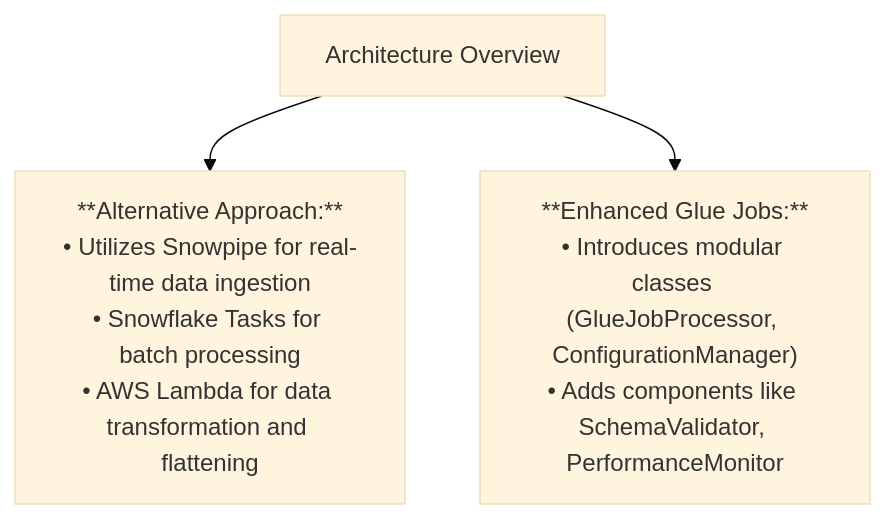
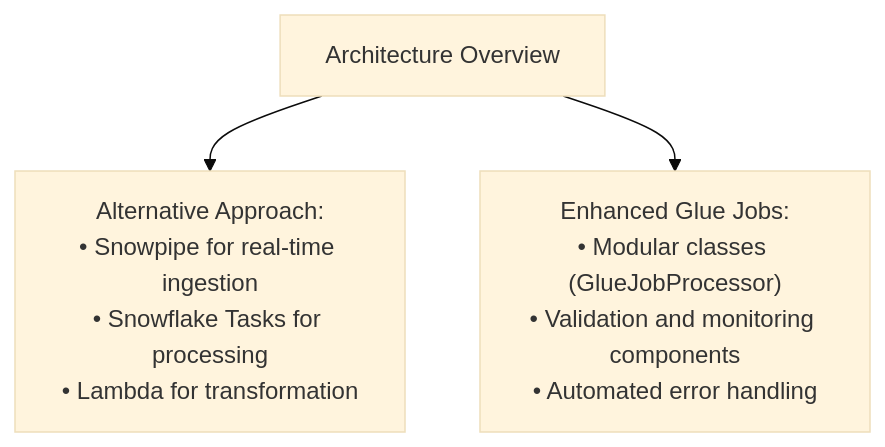
Before and after one commit to veronelazio/wezterm: the third of 17 diagrams in mermaid.md, drawn with Mermaid (base theme). The commit also changed other lines of this file, not shown here.

````diff
--- a/mermaid.md
+++ b/mermaid.md
@@ -68,8 +54,5 @@
-``` mermaid
+```mermaid
 flowchart TD
-    %% Architecture Overview
-    A1["Architecture Overview"]
-    A1 --> A2["**Alternative Approach:**<br>• Utilizes Snowpipe for real-time data ingestion<br>• Snowflake Tasks for batch processing<br>• AWS Lambda for data transformation and flattening"]
-    A1 --> A3["**Enhanced Glue Jobs:**<br>• Introduces modular classes (GlueJobProcessor, ConfigurationManager)<br>• Adds components like SchemaValidator, PerformanceMonitor"]
-
+    A1["Architecture Overview"] --> A2["Alternative Approach:<br/>• Snowpipe for real-time ingestion<br/>• Snowflake Tasks for processing<br/>• Lambda for transformation"]
+    A1 --> A3["Enhanced Glue Jobs:<br/>• Modular classes (GlueJobProcessor)<br/>• Validation and monitoring components<br/>• Automated error handling"]
 ```
````
